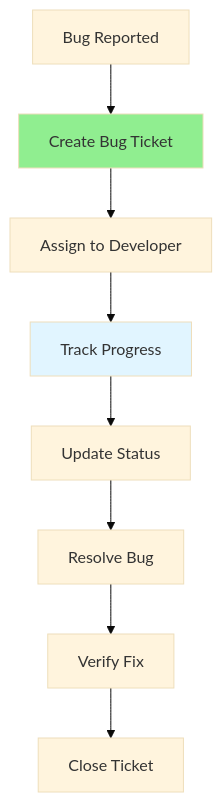
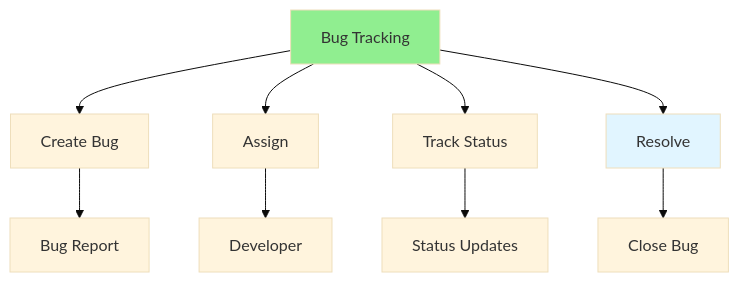
The diagram in Full-Stack-Guides/Group-07-Unit-Test-Debug/07.16_Bug_Tracking.md (iouthnamain/tech-note), drawn with Mermaid (base theme) before and after one commit. The commit also changed other lines of this file and 480 other files, not shown here.

````diff
--- a/Full-Stack-Guides/Group-07-Unit-Test-Debug/07.16_Bug_Tracking.md
+++ b/Full-Stack-Guides/Group-07-Unit-Test-Debug/07.16_Bug_Tracking.md
@@ -22,13 +22,15 @@
 ```mermaid
 graph TD
-    Report[Bug Reported] --> Create[Create Bug Ticket]
-    Create --> Assign[Assign to Developer]
-    Assign --> Track[Track Progress]
-    Track --> Update[Update Status]
-    Update --> Resolve[Resolve Bug]
-    Resolve --> Verify[Verify Fix]
-    Verify --> Close[Close Ticket]
+    System[Bug Tracking] --> Create[Create Bug]
+    System --> Assign[Assign]
+    System --> Track[Track Status]
+    System --> Resolve[Resolve]
     
-    style Create fill:#90EE90
-    style Track fill:#e1f5ff
+    Create --> Report[Bug Report]
+    Assign --> Developer[Developer]
+    Track --> Status[Status Updates]
+    Resolve --> Close[Close Bug]
+    
+    style System fill:#90EE90
+    style Resolve fill:#e1f5ff
 ```
````
